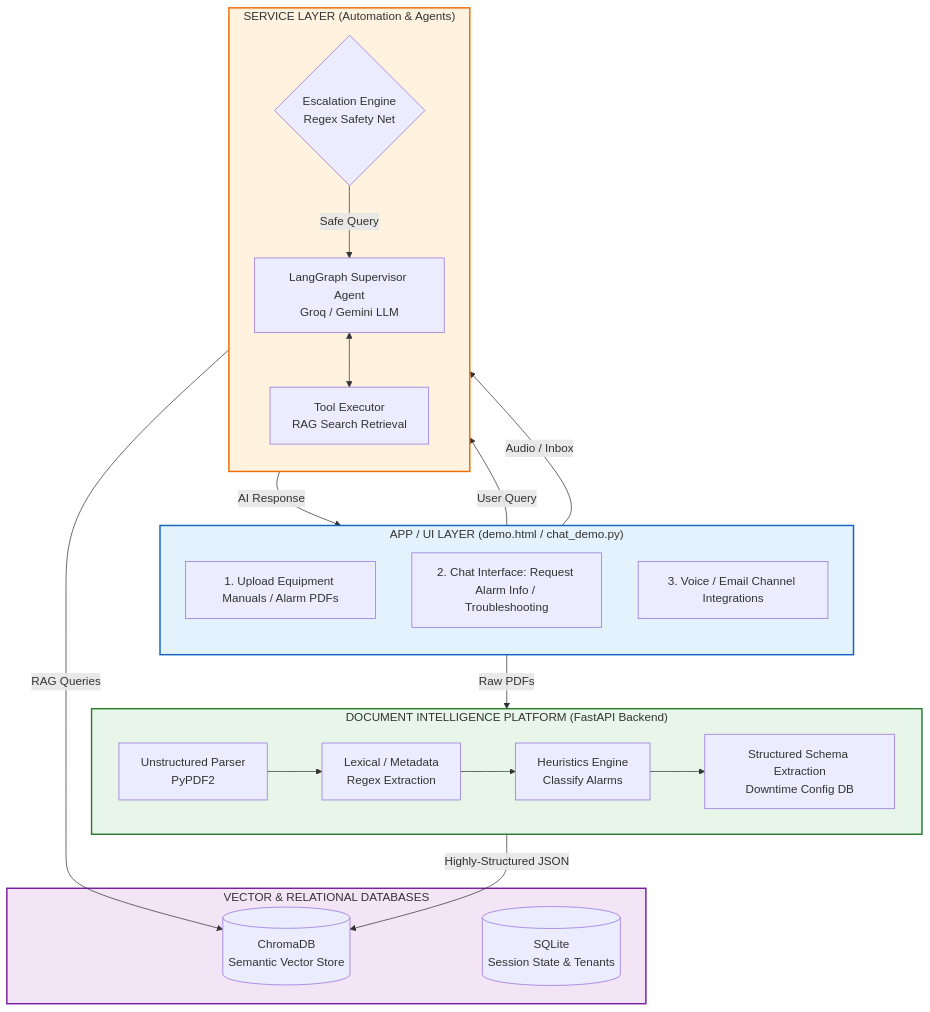
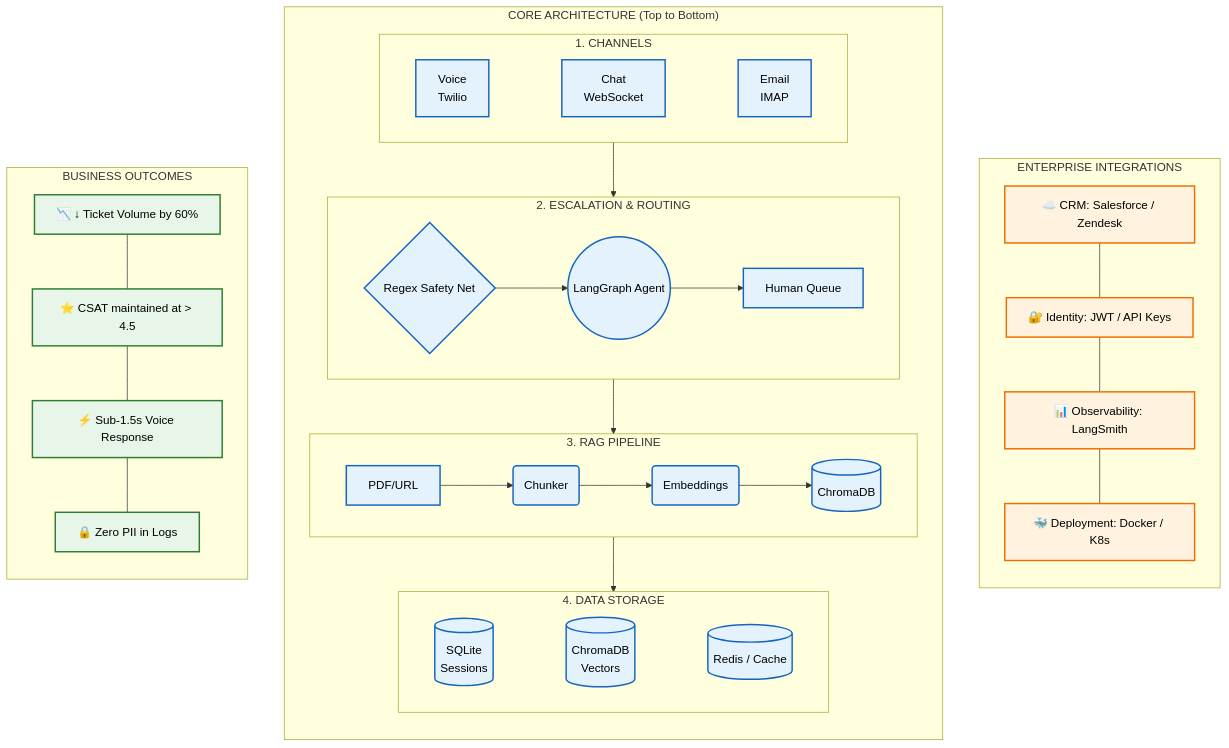
Before and after one commit to raghdaemara1/Ai-Support-system: the first of 4 diagrams in README.md, drawn with Mermaid. The commit also changed other lines of this file and 10 other files, not shown here.

Commit message:
feat: resolve unicorn FDE evaluation gaps (auth, observability, voice webhook, diagrams)

````diff
--- a/README.md
+++ b/README.md
@@ -36,55 +36,68 @@
 ```mermaid
-flowchart TD
+flowchart LR
     %% Define Styles
-    classDef appLayer fill:#E3F2FD,stroke:#1565C0,stroke-width:2px;
-    classDef docLayer fill:#E8F5E9,stroke:#2E7D32,stroke-width:2px;
-    classDef serviceLayer fill:#FFF3E0,stroke:#EF6C00,stroke-width:2px;
-    classDef dbLayer fill:#F3E5F5,stroke:#7B1FA2,stroke-width:2px;
+    classDef bizOutcomes fill:#E8F5E9,stroke:#2E7D32,stroke-width:2px,color:#000;
+    classDef archLayer fill:#E3F2FD,stroke:#1565C0,stroke-width:2px,color:#000;
+    classDef integration fill:#FFF3E0,stroke:#EF6C00,stroke-width:2px,color:#000;
+    classDef invisible fill:none,stroke:none,color:none;
 
-    %% APP LAYER
-    subgraph AppLayer ["APP / UI LAYER (demo.html / chat_demo.py)"]
+    %% L: Business Outcomes (Left Column)
+    subgraph Business ["BUSINESS OUTCOMES"]
         direction TB
-        A1[1. Upload Equipment Manuals / Alarm PDFs]
-        A2[2. Chat Interface: Request Alarm Info / Troubleshooting]
-        A3[3. Voice / Email Channel Integrations]
+        B1["📉 ↓ Ticket Volume by 60%"]
+        B2["⭐ CSAT maintained at > 4.5"]
+        B3["⚡ Sub-1.5s Voice Response"]
+        B4["🔒 Zero PII in Logs"]
+        
+        B1 --- B2 --- B3 --- B4
     end
-    class AppLayer appLayer
+    class Business bizOutcomes
+    class B1,B2,B3,B4 bizOutcomes
 
-    %% DOC INTELLIGENCE LAYER
-    subgraph DocIntelligence ["DOCUMENT INTELLIGENCE PLATFORM (FastAPI Backend)"]
-        direction LR
-        D1[Unstructured Parser<br>PyPDF2] --> D2[Lexical / Metadata<br>Regex Extraction]
-        D2 --> D3[Heuristics Engine<br>Classify Alarms]
-        D3 --> D4[Structured Schema Extraction<br>Downtime Config DB]
+    %% C: Architecture Layers (Center Column)
+    subgraph Architecture ["CORE ARCHITECTURE (Top to Bottom)"]
+        direction TB
+        
+        subgraph Channels ["1. CHANNELS"]
+            direction LR
+            C1[Voice <br> Twilio] ~~~ C2[Chat <br> WebSocket] ~~~ C3[Email <br> IMAP]
+        end
+
+        subgraph Runtime ["2. ESCALATION & ROUTING"]
+            direction LR
+            R1{Regex Safety Net} --> R2((LangGraph Agent)) --> R3[Human Queue]
+        end
+
+        subgraph Pipeline ["3. RAG PIPELINE"]
+            direction LR
+            P1[PDF/URL] --> P2(Chunker) --> P3(Embeddings) --> P4[(ChromaDB)]
+        end
+
+        subgraph Data ["4. DATA STORAGE"]
+            direction LR
+            D1[(SQLite<br>Sessions)] ~~~ D2[(ChromaDB<br>Vectors)] ~~~ D3[(Redis / Cache)]
+        end
+        
+        Channels --> Runtime
+        Runtime --> Pipeline
+        Pipeline --> Data
     end
-    class DocIntelligence docLayer
+    class Architecture archLayer
+    class C1,C2,C3,R1,R2,R3,P1,P2,P3,P4,D1,D2,D3 archLayer
 
-    %% KNOWLEDGE BASE CONNECTION
-    subgraph DatabaseLayer ["VECTOR & RELATIONAL DATABASES"]
-        V1[(ChromaDB<br>Semantic Vector Store)]
-        V2[(SQLite<br>Session State & Tenants)]
+    %% R: Enterprise Integrations (Right Column)
+    subgraph Integrations ["ENTERPRISE INTEGRATIONS"]
+        direction TB
+        I1["☁️ CRM: Salesforce / Zendesk"]
+        I2["🔐 Identity: JWT / API Keys"]
+        I3["📊 Observability: LangSmith"]
+        I4["🐳 Deployment: Docker / K8s"]
+        
+        I1 --- I2 --- I3 --- I4
     end
-    class DatabaseLayer dbLayer
+    class Integrations integration
+    class I1,I2,I3,I4 integration
 
-    %% SERVICE LAYER 
-    subgraph ServiceLayer ["SERVICE LAYER (Automation & Agents)"]
-        direction TB
-        S1{Escalation Engine<br>Regex Safety Net}
-        S2[LangGraph Supervisor Agent<br>Groq / Gemini LLM]
-        S3[Tool Executor<br>RAG Search Retrieval]
-        
-        S1 -- Safe Query --> S2
-        S2 <--> S3
-    end
-    class ServiceLayer serviceLayer
-
-    %% CONNECTIONS
-    A1 -- "Raw PDFs" --> D1
-    D4 -- "Highly-Structured JSON" --> V1
-    
-    A2 -- "User Query" --> S1
-    S3 -- "RAG Queries" --> V1
-    
-    S2 -- "AI Response" --> A2
-    A3 -- "Audio / Inbox" --> S1
+    %% Invisible routing for layout alignment
+    Business ~~~ Architecture ~~~ Integrations
 ```
````
